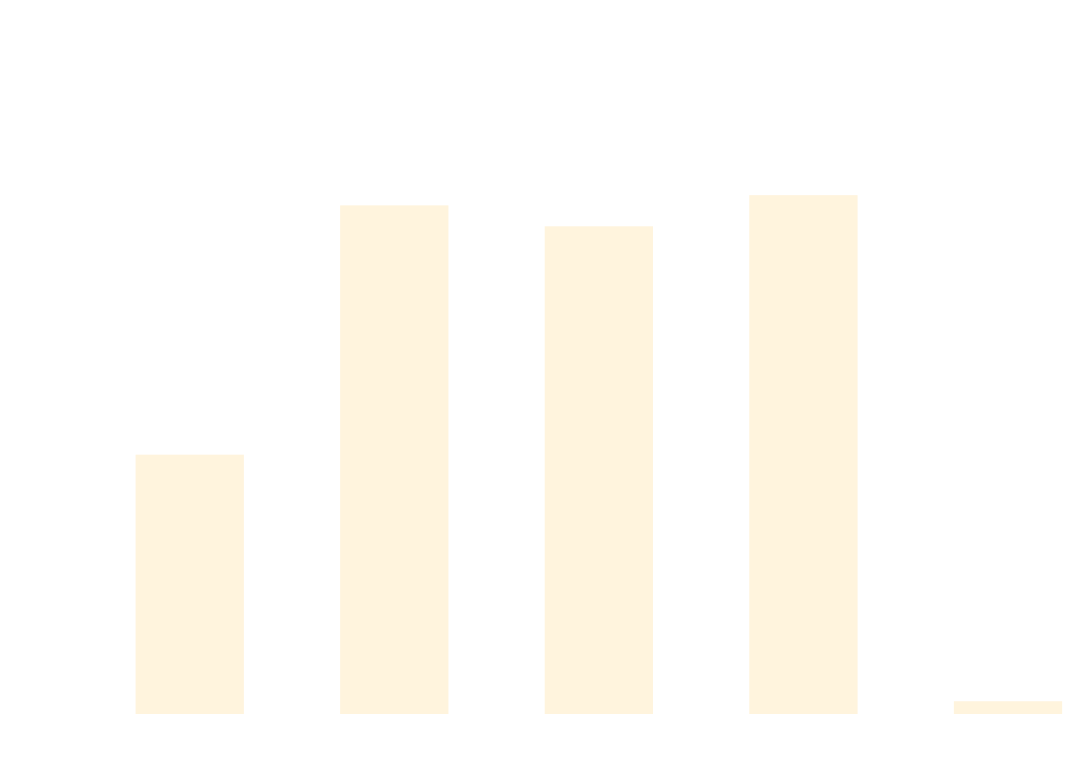
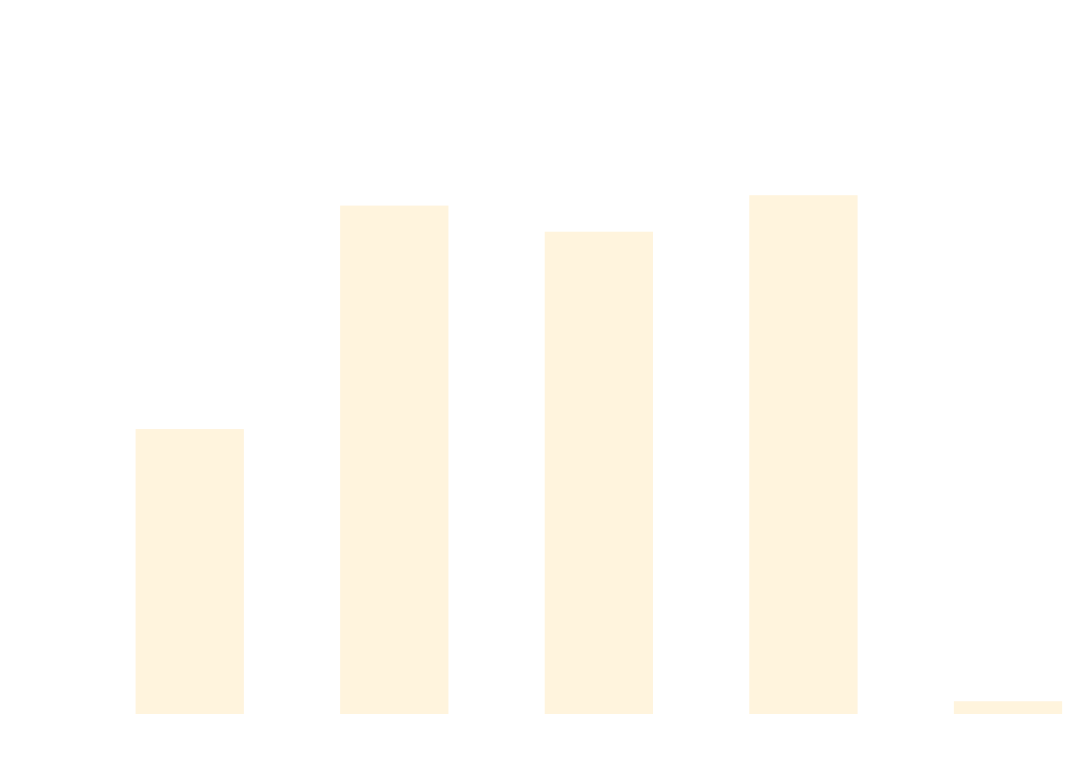
The diagram in docs/docs/benchmarks/SetupTeardownTests.md (thomhurst/TUnit), drawn with Mermaid before and after one commit. The commit also changed other lines of this file and 17 other files, not shown here.

````diff
--- a/docs/docs/benchmarks/SetupTeardownTests.md
+++ b/docs/docs/benchmarks/SetupTeardownTests.md
@@ -27,37 +27,37 @@
 ```mermaid
 %%{init: {
   'theme':'base',
   'themeVariables': {
     'primaryColor': '#2563eb',
     'primaryTextColor': '#ffffff',
     'primaryBorderColor': '#1e40af',
     'lineColor': '#6b7280',
     'secondaryColor': '#7c3aed',
     'tertiaryColor': '#dc2626',
     'background': '#ffffff',
     'mainBkg': '#2563eb',
     'secondBkg': '#7c3aed',
     'tertiaryBkg': '#dc2626',
     'clusterBkg': '#f3f4f6',
     'edgeLabelBackground': '#ffffff',
     'tertiaryTextColor': '#1f2937',
     'pie1': '#2563eb',
     'pie2': '#7c3aed',
     'pie3': '#dc2626',
     'pie4': '#f59e0b',
     'pie5': '#10b981',
     'pie6': '#06b6d4',
     'pie7': '#ec4899',
     'pie8': '#6366f1',
     'pie9': '#84cc16',
     'pie10': '#f97316',
     'pie11': '#14b8a6',
     'pie12': '#a855f7'
   }
 }}%%
 xychart-beta
   title "SetupTeardownTests Performance Comparison"
   x-axis ["TUnit", "NUnit", "MSTest", "xUnit3", "TUnit_AOT"]
-  y-axis "Time (ms)" 0 --> 1458
-  bar [591.8, 1190.1, 1139.9, 1214.6, 0]
+  y-axis "Time (ms)" 0 --> 1426
+  bar [638.9, 1163.5, 1102.2, 1187.8, 0]
 ```
````
